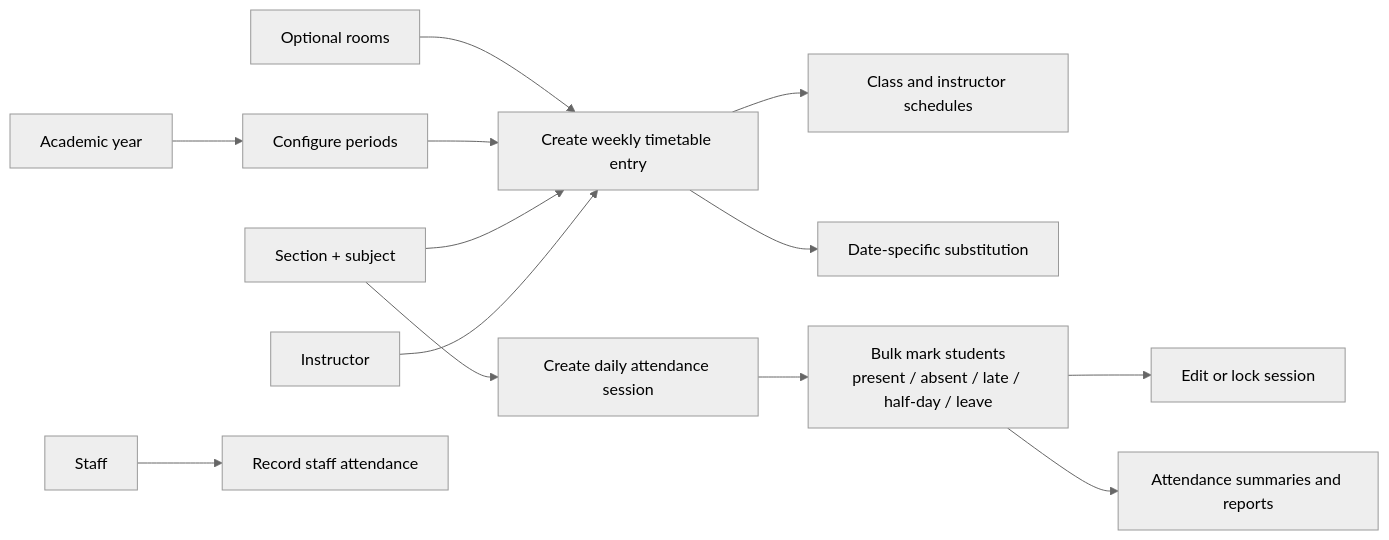
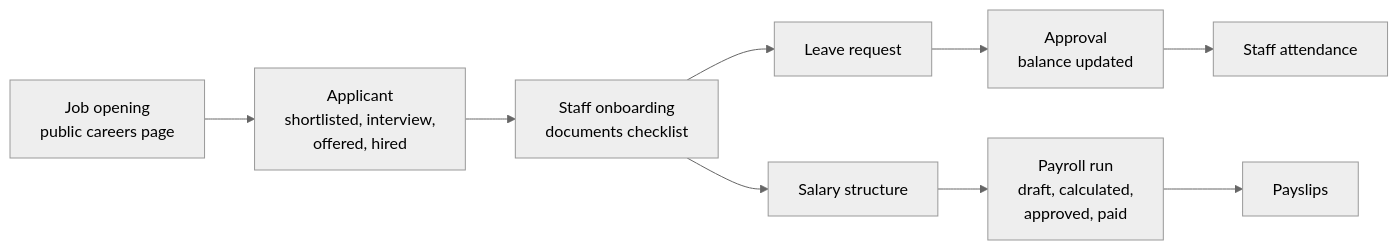
Before and after one commit to niddanamohansps-hue/Mocha-Edu: the fifth of 10 diagrams in SYSTEM_ARCHITECTURE_AND_MODULE_WORKFLOWS.md, drawn with Mermaid (neutral theme). The commit also changed other lines of this file and 1 other file, not shown here.

First line of the commit message:
docs(architecture): bring the architecture document up to date with the code

````diff
--- a/SYSTEM_ARCHITECTURE_AND_MODULE_WORKFLOWS.md
+++ b/SYSTEM_ARCHITECTURE_AND_MODULE_WORKFLOWS.md
@@ -136,16 +114,8 @@
 ```mermaid
 flowchart LR
-    Year["Academic year"] --> Period["Configure periods"]
-    Room["Optional rooms"] --> Entry["Create weekly timetable entry"]
-    Period --> Entry
-    Section["Section + subject"] --> Entry
-    Instructor["Instructor"] --> Entry
-    Entry --> Views["Class and instructor schedules"]
-    Entry --> Sub["Date-specific substitution"]
-
-    Section --> Session["Create daily attendance session"]
-    Session --> Marks["Bulk mark students<br/>present / absent / late / half-day / leave"]
-    Marks --> Lock["Edit or lock session"]
-    Marks --> Report["Attendance summaries and reports"]
-    Staff["Staff"] --> StaffAttendance["Record staff attendance"]
+    Open["Job opening<br/>public careers page"] --> Appl["Applicant<br/>shortlisted, interview,<br/>offered, hired"]
+    Appl --> Onb["Staff onboarding<br/>documents checklist"]
+    Onb --> Leave["Leave request"] --> Appr["Approval<br/>balance updated"]
+    Onb --> Sal["Salary structure"] --> Run["Payroll run<br/>draft, calculated,<br/>approved, paid"] --> Slip["Payslips"]
+    Appr --> SAtt["Staff attendance"]
 ```
````
